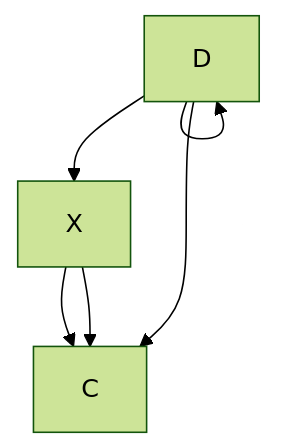
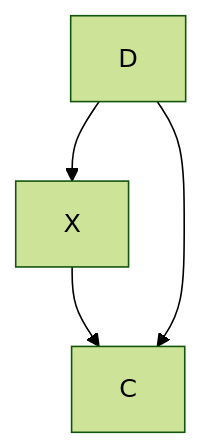
Before and after one commit to cmcntsh/StatBayesAnalysisChecklist: the third of 3 diagrams in README.md, drawn with Mermaid (forest theme).

Commit message:
Update mermaid diagram connections

````diff
--- a/README.md
+++ b/README.md
@@ -24,7 +24,7 @@
 ```mermaid
 graph TD
     X --> C
-    D --> X & D --> C
+    D --> X & C
     
 
 ```
````
